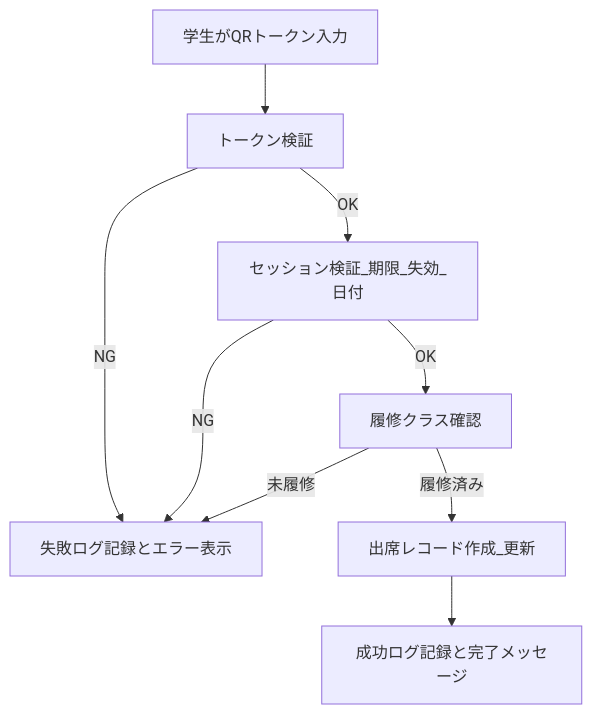
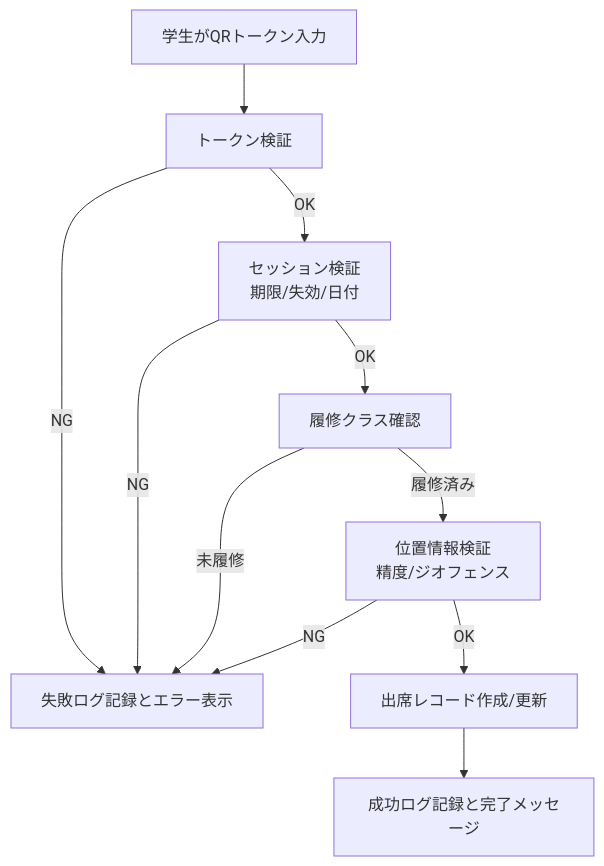
One commit to syusyusyusyu/Attendance changed the sixth of 10 diagrams in 仕様書.md. Above: the diagram before and after it, drawn with Mermaid. The commit also changed other lines of this file and 3 other files, not shown here.

````diff
--- a/仕様書.md
+++ b/仕様書.md
@@ -256,11 +390,13 @@
 ```mermaid
 flowchart TB
   S1[学生がQRトークン入力] --> S2[トークン検証]
   S2 -->|NG| S3[失敗ログ記録とエラー表示]
-  S2 -->|OK| S4[セッション検証_期限_失効_日付]
+  S2 -->|OK| S4[セッション検証<br/>期限/失効/日付]
   S4 -->|NG| S3
   S4 -->|OK| S5[履修クラス確認]
   S5 -->|未履修| S3
-  S5 -->|履修済み| S6[出席レコード作成_更新]
-  S6 --> S7[成功ログ記録と完了メッセージ]
+  S5 -->|履修済み| S6[位置情報検証<br/>精度/ジオフェンス]
+  S6 -->|NG| S3
+  S6 -->|OK| S7[出席レコード作成/更新]
+  S7 --> S8[成功ログ記録と完了メッセージ]
 ```
````
